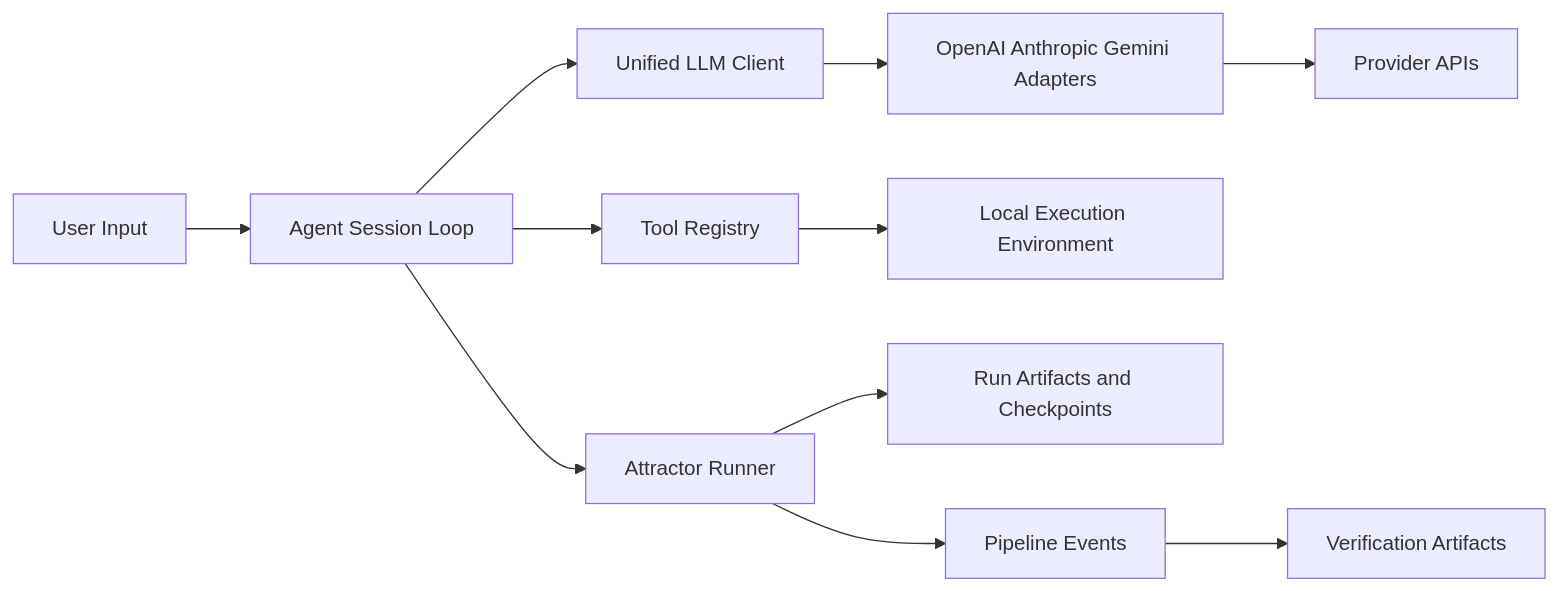
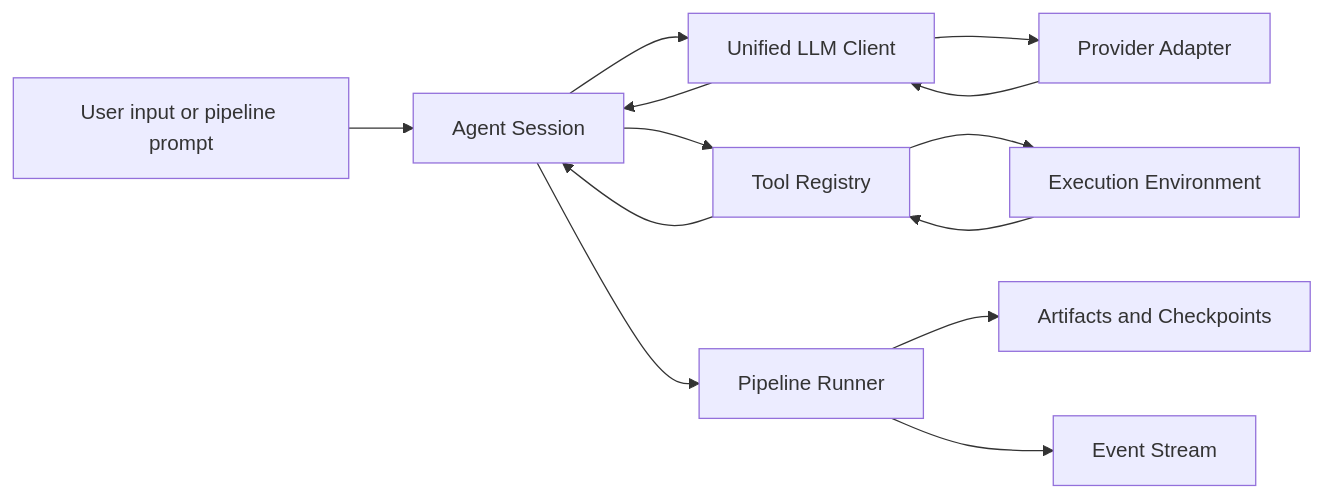
One commit to jaytaylor/attractor-php changed the fourth of 5 diagrams in docs/sprints/SPRINT-001-comprehensive-implementation-plan.md. Above: the diagram before and after it, drawn with Mermaid. The commit also changed other lines of this file, not shown here.

````diff
--- a/docs/sprints/SPRINT-001-comprehensive-implementation-plan.md
+++ b/docs/sprints/SPRINT-001-comprehensive-implementation-plan.md
@@ -605,13 +621,15 @@
 ```mermaid
 flowchart LR
-    UserInput[User Input] --> SessionLoop[Agent Session Loop]
-    SessionLoop --> LLMClient[Unified LLM Client]
-    LLMClient --> ProviderAdapters[OpenAI Anthropic Gemini Adapters]
-    ProviderAdapters --> ProviderAPIs[Provider APIs]
-    SessionLoop --> ToolRegistry[Tool Registry]
-    ToolRegistry --> ExecutionEnv[Local Execution Environment]
-    SessionLoop --> PipelineRunner[Attractor Runner]
-    PipelineRunner --> ArtifactStore[Run Artifacts and Checkpoints]
-    PipelineRunner --> EventStream[Pipeline Events]
-    EventStream --> EvidenceLogs[Verification Artifacts]
+  UserInput[User input or pipeline prompt] --> AgentSession[Agent Session]
+  AgentSession --> UnifiedClient[Unified LLM Client]
+  UnifiedClient --> ProviderAPI[Provider Adapter]
+  ProviderAPI --> UnifiedClient
+  UnifiedClient --> AgentSession
+  AgentSession --> ToolRegistry[Tool Registry]
+  ToolRegistry --> ExecEnv[Execution Environment]
+  ExecEnv --> ToolRegistry
+  ToolRegistry --> AgentSession
+  AgentSession --> Runner[Pipeline Runner]
+  Runner --> ArtifactStore[Artifacts and Checkpoints]
+  Runner --> EventStream[Event Stream]
 ```
````
